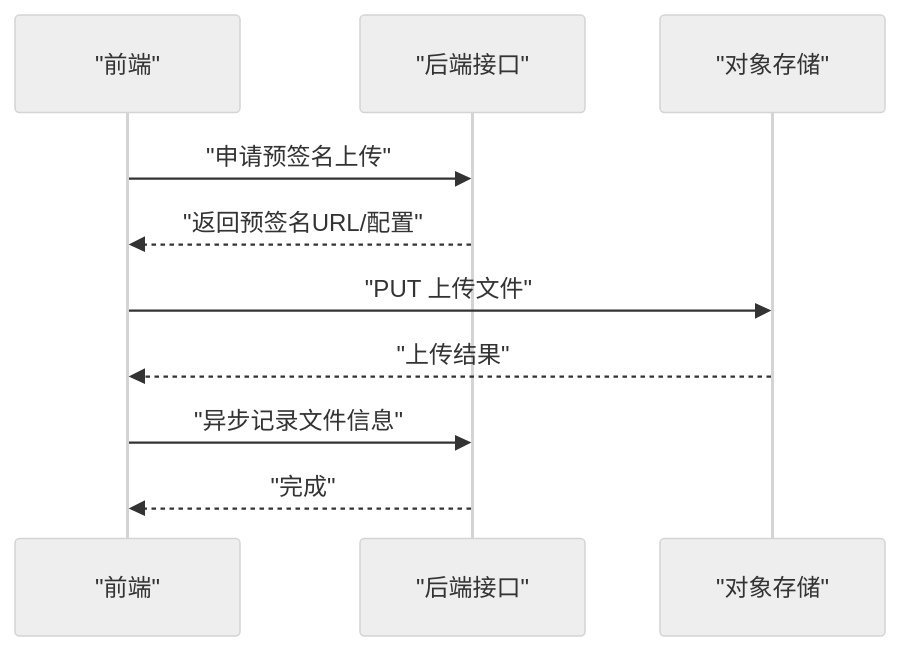
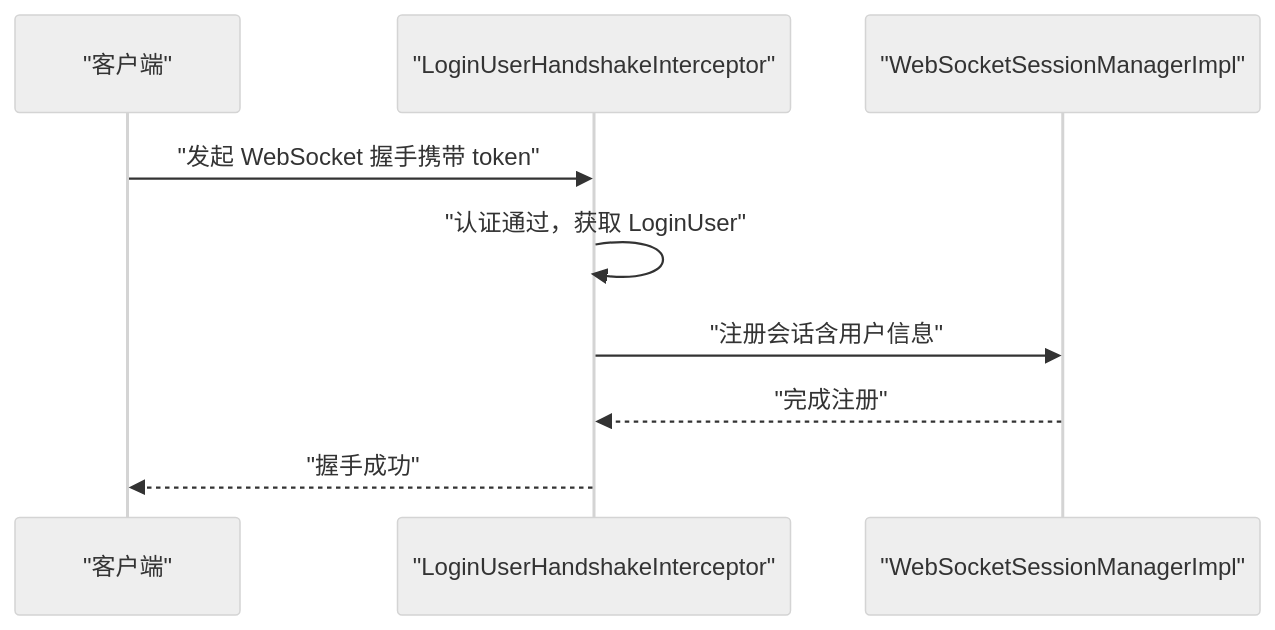
The seventh of 9 diagrams in .qoder/repowiki/zh/content/安全与权限/安全与权限.md (zhuangpengLI/AgenticCPS), drawn with Mermaid (neutral theme) before and after one commit. The commit also changed other lines of this file and 293 other files, not shown here.

````diff
--- a/.qoder/repowiki/zh/content/安全与权限/安全与权限.md
+++ b/.qoder/repowiki/zh/content/安全与权限/安全与权限.md
@@ -370,12 +345,11 @@
 ```mermaid
 sequenceDiagram
-participant FE as "前端"
-participant API as "后端接口"
-participant OSS as "对象存储"
-FE->>API : "申请预签名上传"
-API-->>FE : "返回预签名URL/配置"
-FE->>OSS : "PUT 上传文件"
-OSS-->>FE : "上传结果"
-FE->>API : "异步记录文件信息"
-API-->>FE : "完成"
+participant C as "客户端"
+participant H as "LoginUserHandshakeInterceptor"
+participant S as "WebSocketSessionManagerImpl"
+C->>H : "发起 WebSocket 握手携带 token"
+H->>H : "认证通过，获取 LoginUser"
+H->>S : "注册会话含用户信息"
+S-->>H : "完成注册"
+H-->>C : "握手成功"
 ```
````
